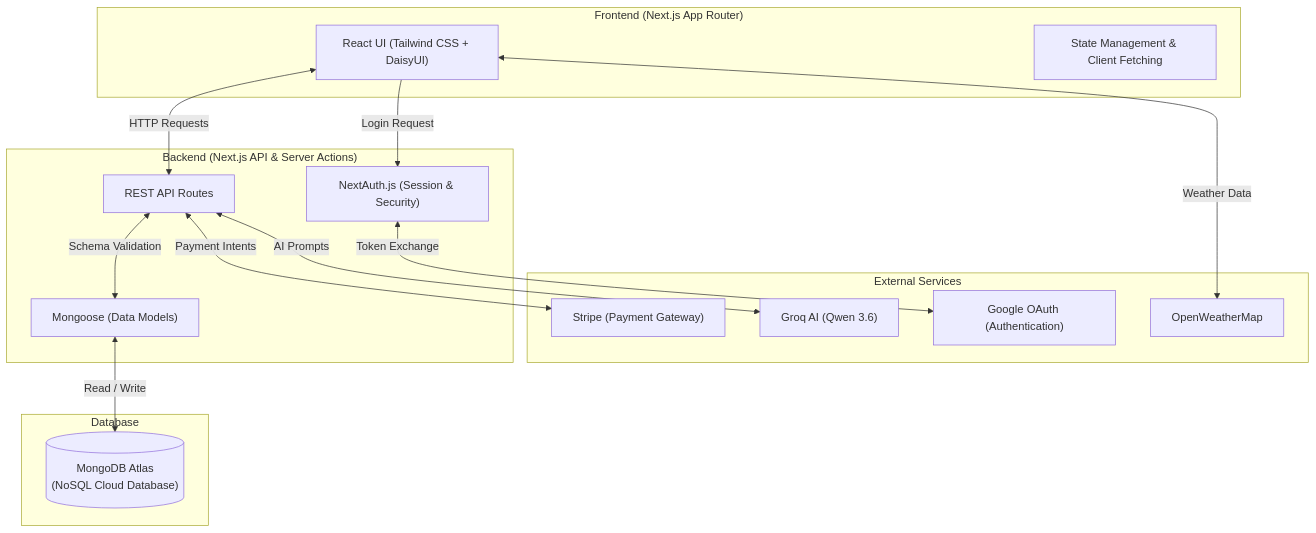
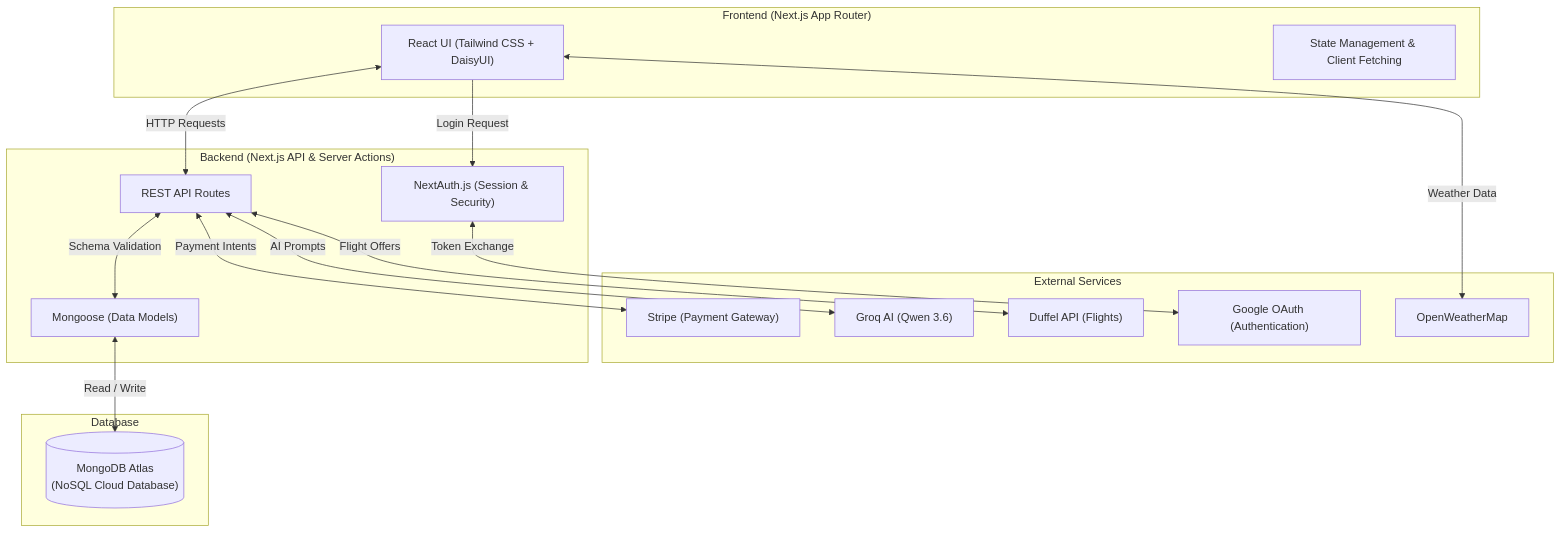
Before and after one commit to SiratimMChy/Navora-AI-Travel-Guide: the diagram in README.md, drawn with Mermaid. The commit also changed other lines of this file, not shown here.

Commit message:
docs: update README with Duffel API flight search integration and environment variables

````diff
--- a/README.md
+++ b/README.md
@@ -150,33 +152,35 @@
 ```mermaid
 flowchart TB
     subgraph Client ["Frontend (Next.js App Router)"]
         UI["React UI (Tailwind CSS + DaisyUI)"]
         State["State Management & Client Fetching"]
     end
 
     subgraph Server ["Backend (Next.js API & Server Actions)"]
         API["REST API Routes"]
         Auth["NextAuth.js (Session & Security)"]
         ODM["Mongoose (Data Models)"]
     end
 
     subgraph DB ["Database"]
         Mongo[("MongoDB Atlas\n(NoSQL Cloud Database)")]
     end
 
     subgraph Ext ["External Services"]
         Stripe["Stripe (Payment Gateway)"]
         Groq["Groq AI (Qwen 3.6)"]
         OAuth["Google OAuth (Authentication)"]
         Weather["OpenWeatherMap"]
+        Duffel["Duffel API (Flights)"]
     end
 
     UI <-->|HTTP Requests| API
     UI -->|Login Request| Auth
     Auth <-->|Token Exchange| OAuth
     API <-->|Schema Validation| ODM
     ODM <-->|Read / Write| Mongo
     API <-->|Payment Intents| Stripe
     API <-->|AI Prompts| Groq
     UI <-->|Weather Data| Weather
+    API <-->|Flight Offers| Duffel
 ```
````
